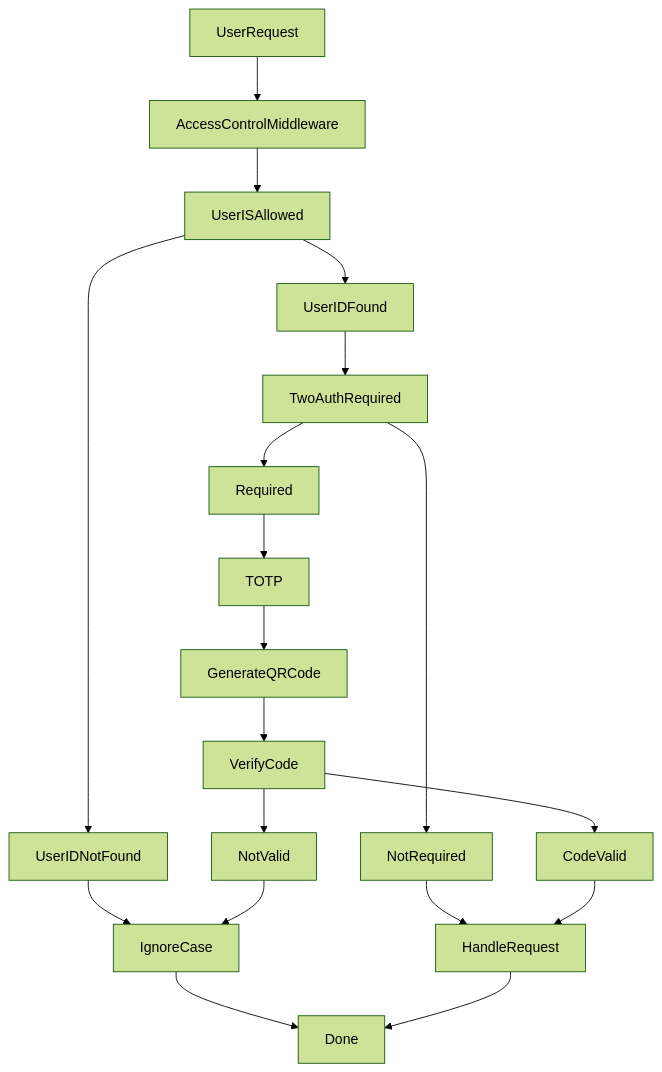
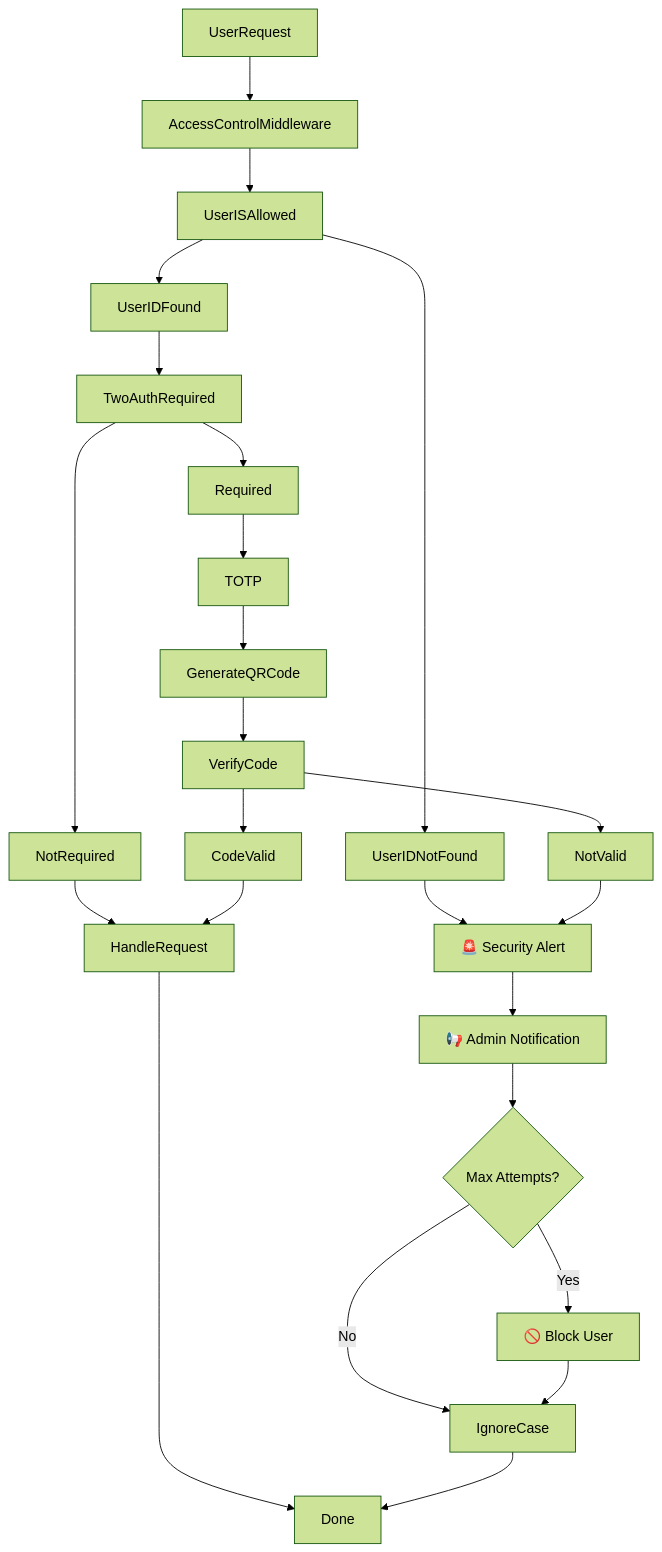
One commit to orenlab/pytmbot changed the diagram in docs/auth_control.md. Above: the diagram before and after it, drawn with Mermaid (forest theme). The commit also changed other lines of this file and 4 other files, not shown here.

````diff
--- a/docs/auth_control.md
+++ b/docs/auth_control.md
@@ -22,10 +52,26 @@
 ```mermaid
 graph TD
-    UserRequest --> AccessControlMiddleware --> UserISAllowed --> UserIDFound --> TwoAuthRequired
-    UserISAllowed --> UserIDNotFound --> IgnoreCase --> Done
-    TwoAuthRequired --> Required --> TOTP
-    TwoAuthRequired --> NotRequired --> HandleRequest
-    TOTP --> GenerateQRCode --> VerifyCode --> CodeValid --> HandleRequest
-    VerifyCode --> NotValid --> IgnoreCase
+    UserRequest --> AccessControlMiddleware
+    AccessControlMiddleware --> UserISAllowed
+    UserISAllowed --> UserIDFound
+    UserISAllowed --> UserIDNotFound
+    UserIDNotFound --> SecurityAlert[🚨 Security Alert]
+    SecurityAlert --> AdminNotification[📢 Admin Notification]
+    AdminNotification --> CheckAttempts{Max Attempts?}
+    CheckAttempts -->|Yes| BlockUser[🚫 Block User]
+    CheckAttempts -->|No| IgnoreCase
+    BlockUser --> IgnoreCase
+    UserIDFound --> TwoAuthRequired
+    TwoAuthRequired --> Required
+    TwoAuthRequired --> NotRequired
+    NotRequired --> HandleRequest
+    Required --> TOTP
+    TOTP --> GenerateQRCode
+    GenerateQRCode --> VerifyCode
+    VerifyCode --> CodeValid
+    VerifyCode --> NotValid
+    CodeValid --> HandleRequest
+    NotValid --> SecurityAlert
     HandleRequest --> Done
+    IgnoreCase --> Done
 ```
````
